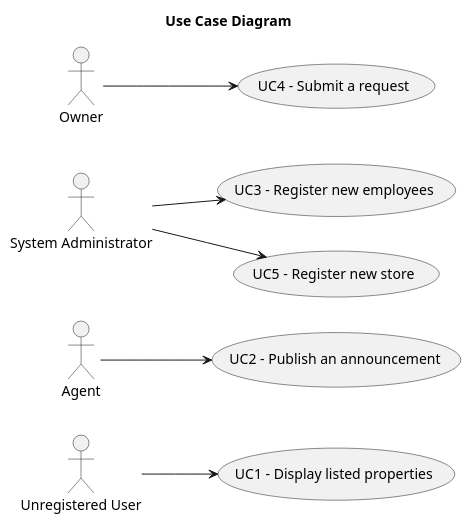
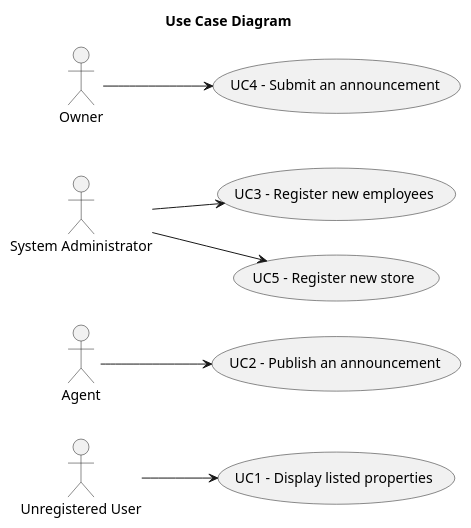
One commit to rita-barbosa/LAPR2-2223 changed the diagram in docs/sprintB/global-artifacts/01.requirements-engineering/puml/use-case-diagram.puml. Above: the diagram before and after it, drawn with PlantUML. The commit also changed 10 other files, not shown here.

```diff
--- a/docs/sprintB/global-artifacts/01.requirements-engineering/puml/use-case-diagram.puml
+++ b/docs/sprintB/global-artifacts/01.requirements-engineering/puml/use-case-diagram.puml
@@ -1,25 +1,25 @@
 @startuml
 'skinparam monochrome true
 skinparam packageStyle rectangle
 'skinparam shadowing false
 
 skinparam rectangle{
     BorderColor yellow
 }
 
 title Use Case Diagram
 
 left to right direction
 
     usecase "UC1 - Display listed properties" as UC1
         "Unregistered User" --> UC1
     usecase "UC2 - Publish an announcement" as UC2
         "Agent" --> UC2
     usecase "UC3 - Register new employees" as UC3
         "System Administrator" --> UC3
     usecase "UC5 - Register new store" as UC5
         "System Administrator" --> UC5
-     usecase "UC4 - Submit a request" as UC4
+     usecase "UC4 - Submit an announcement" as UC4
         "Owner" --> UC4
 
 @enduml
```
